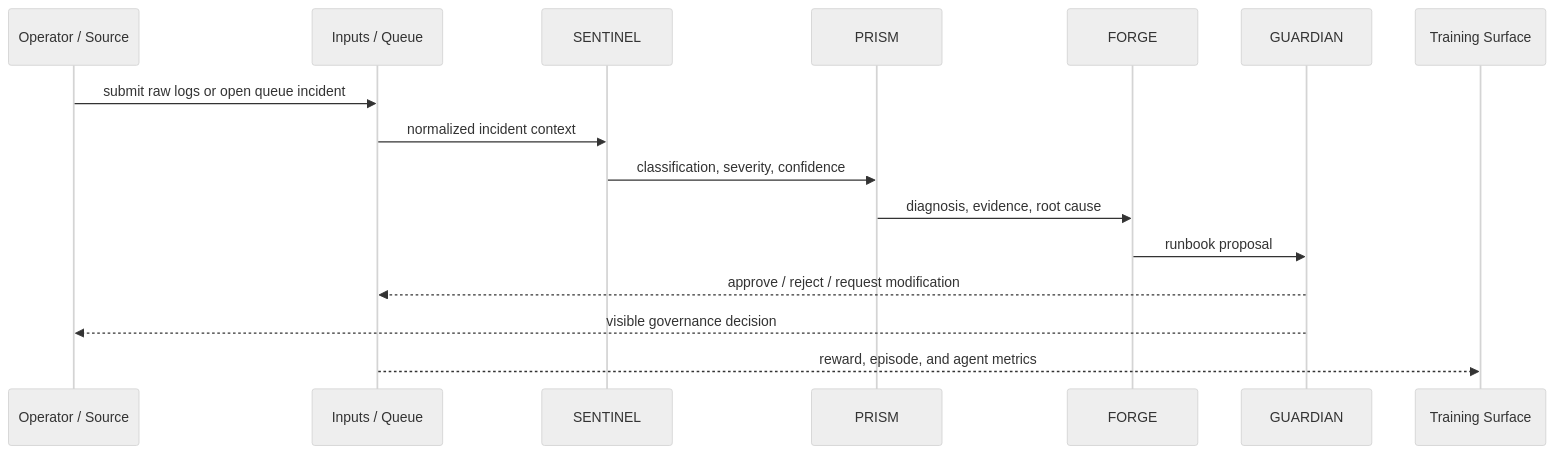
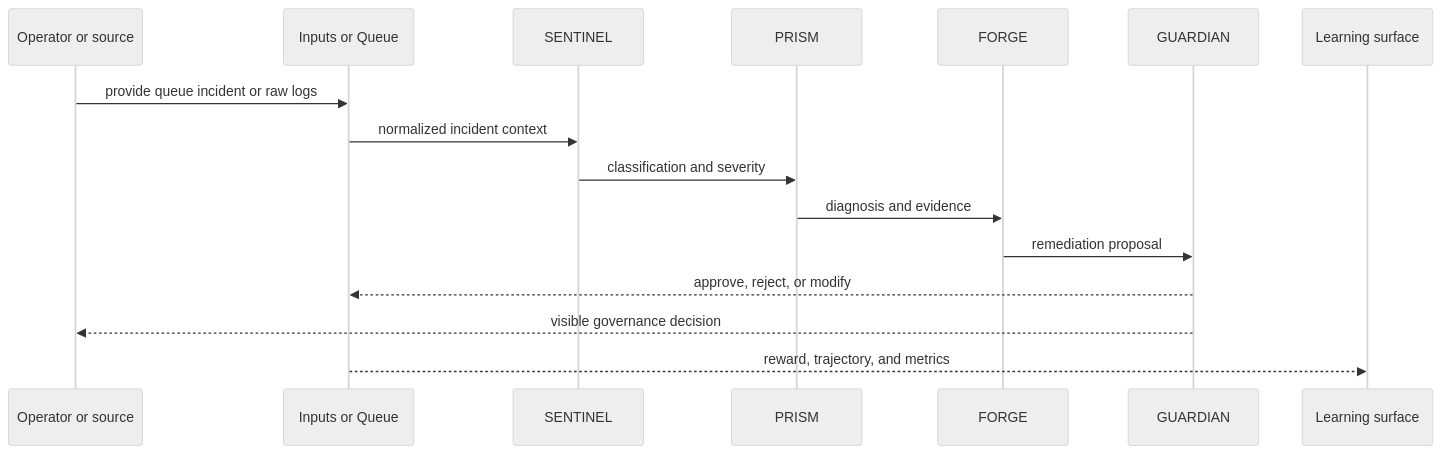
The fourth of 5 diagrams in docs/VISUAL_ARCHITECTURE_AND_FLOWS.md (kunalkachru/nexus-v2), drawn with Mermaid (neutral theme) before and after one commit. The commit also changed other lines of this file and 6 other files, not shown here.

````diff
--- a/docs/VISUAL_ARCHITECTURE_AND_FLOWS.md
+++ b/docs/VISUAL_ARCHITECTURE_AND_FLOWS.md
@@ -118,19 +162,19 @@
 ```mermaid
 sequenceDiagram
-    participant U as Operator / Source
-    participant I as Inputs / Queue
+    participant U as Operator or source
+    participant I as Inputs or Queue
     participant S as SENTINEL
     participant P as PRISM
     participant F as FORGE
     participant G as GUARDIAN
-    participant T as Training Surface
+    participant L as Learning surface
 
-    U->>I: submit raw logs or open queue incident
+    U->>I: provide queue incident or raw logs
     I->>S: normalized incident context
-    S->>P: classification, severity, confidence
-    P->>F: diagnosis, evidence, root cause
-    F->>G: runbook proposal
-    G-->>I: approve / reject / request modification
+    S->>P: classification and severity
+    P->>F: diagnosis and evidence
+    F->>G: remediation proposal
+    G-->>I: approve, reject, or modify
     G-->>U: visible governance decision
-    I-->>T: reward, episode, and agent metrics
+    I-->>L: reward, trajectory, and metrics
 ```
````
